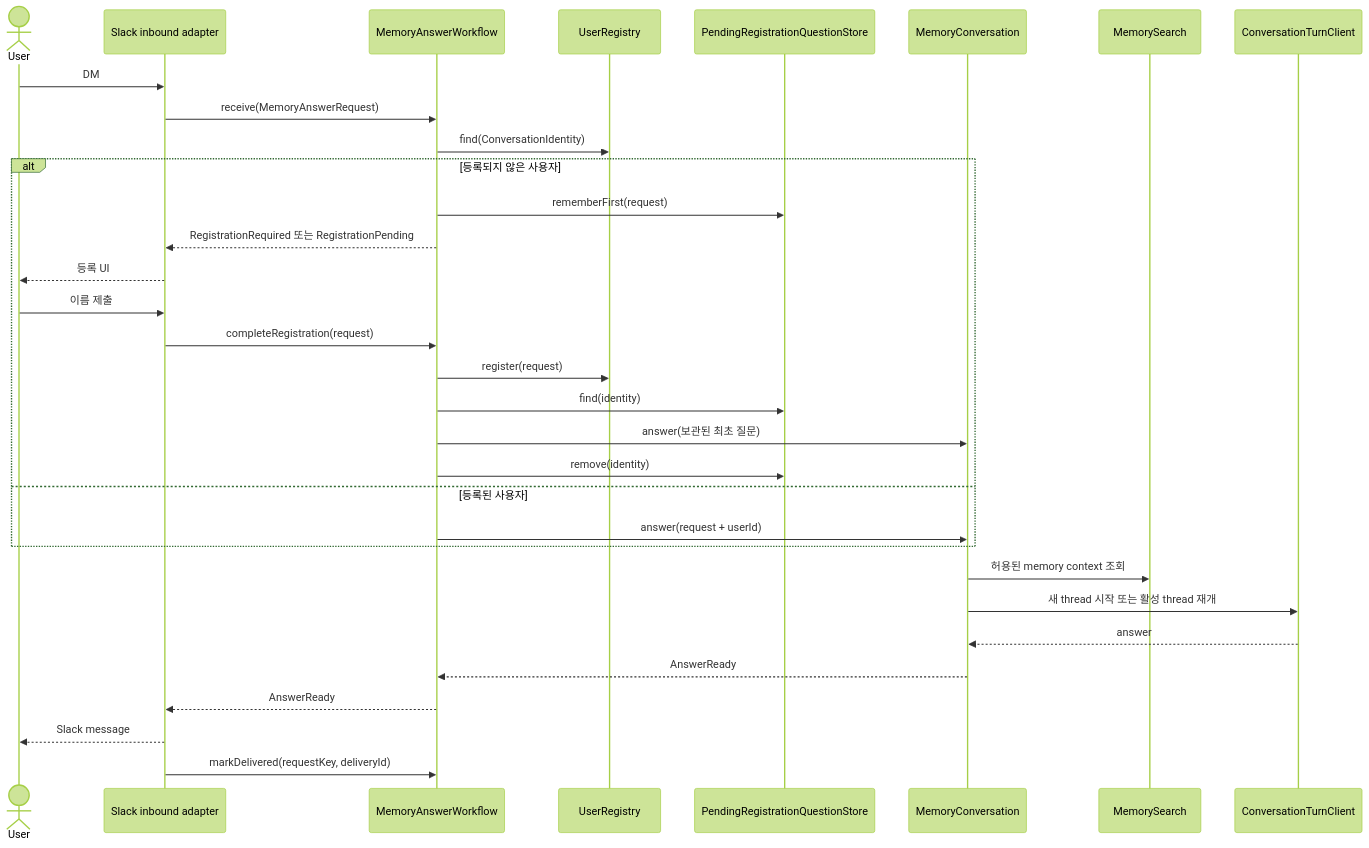
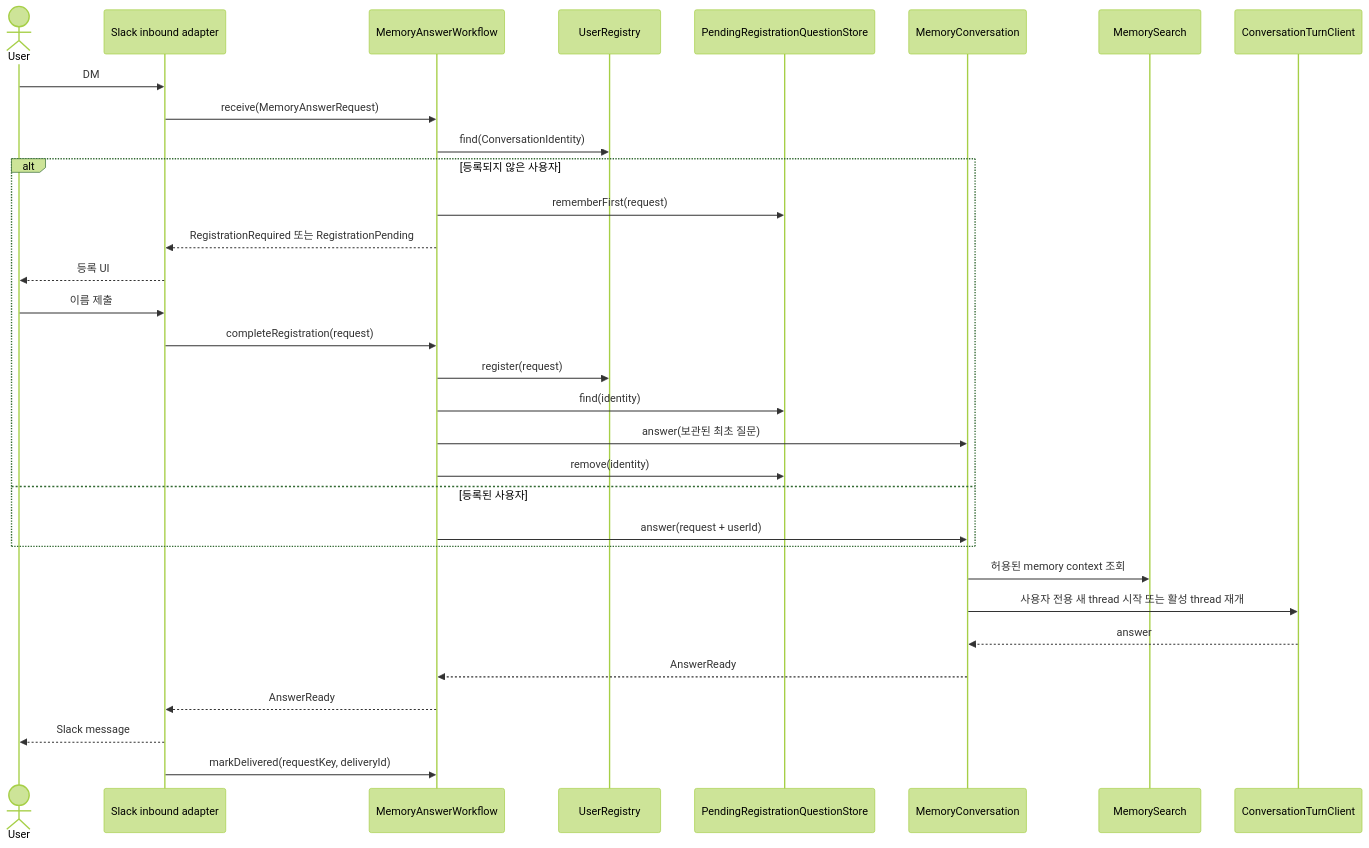
Before and after one commit to magenta1223/home_assistant: the second of 2 diagrams in application/src/main/kotlin/com/homeassistant/application/usecase/README.md, drawn with Mermaid (forest theme). The commit also changed other lines of this file and 20 other files, not shown here.

````diff
--- a/application/src/main/kotlin/com/homeassistant/application/usecase/README.md
+++ b/application/src/main/kotlin/com/homeassistant/application/usecase/README.md
@@ -55,35 +55,35 @@
 ```mermaid
 sequenceDiagram
     actor User
     participant Inbound as Slack inbound adapter
     participant Workflow as MemoryAnswerWorkflow
     participant Registry as UserRegistry
     participant Pending as PendingRegistrationQuestionStore
     participant Conversation as MemoryConversation
     participant Search as MemorySearch
     participant Codex as ConversationTurnClient
 
     User->>Inbound: DM
     Inbound->>Workflow: receive(MemoryAnswerRequest)
     Workflow->>Registry: find(ConversationIdentity)
     alt 등록되지 않은 사용자
         Workflow->>Pending: rememberFirst(request)
         Workflow-->>Inbound: RegistrationRequired 또는 RegistrationPending
         Inbound-->>User: 등록 UI
         User->>Inbound: 이름 제출
         Inbound->>Workflow: completeRegistration(request)
         Workflow->>Registry: register(request)
         Workflow->>Pending: find(identity)
         Workflow->>Conversation: answer(보관된 최초 질문)
         Workflow->>Pending: remove(identity)
     else 등록된 사용자
         Workflow->>Conversation: answer(request + userId)
     end
     Conversation->>Search: 허용된 memory context 조회
-    Conversation->>Codex: 새 thread 시작 또는 활성 thread 재개
+    Conversation->>Codex: 사용자 전용 새 thread 시작 또는 활성 thread 재개
     Codex-->>Conversation: answer
     Conversation-->>Workflow: AnswerReady
     Workflow-->>Inbound: AnswerReady
     Inbound-->>User: Slack message
     Inbound->>Workflow: markDelivered(requestKey, deliveryId)
 ```
````
